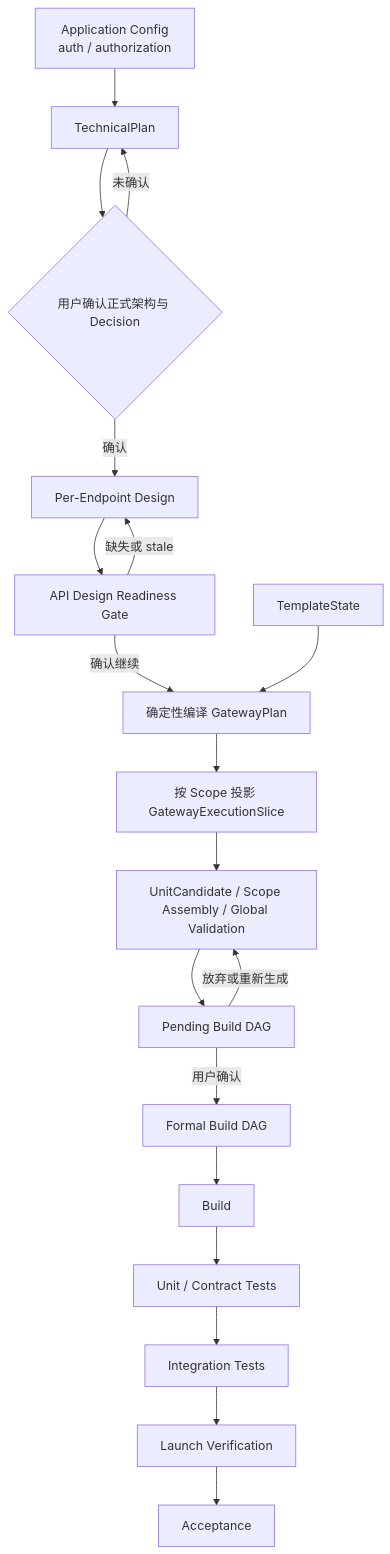
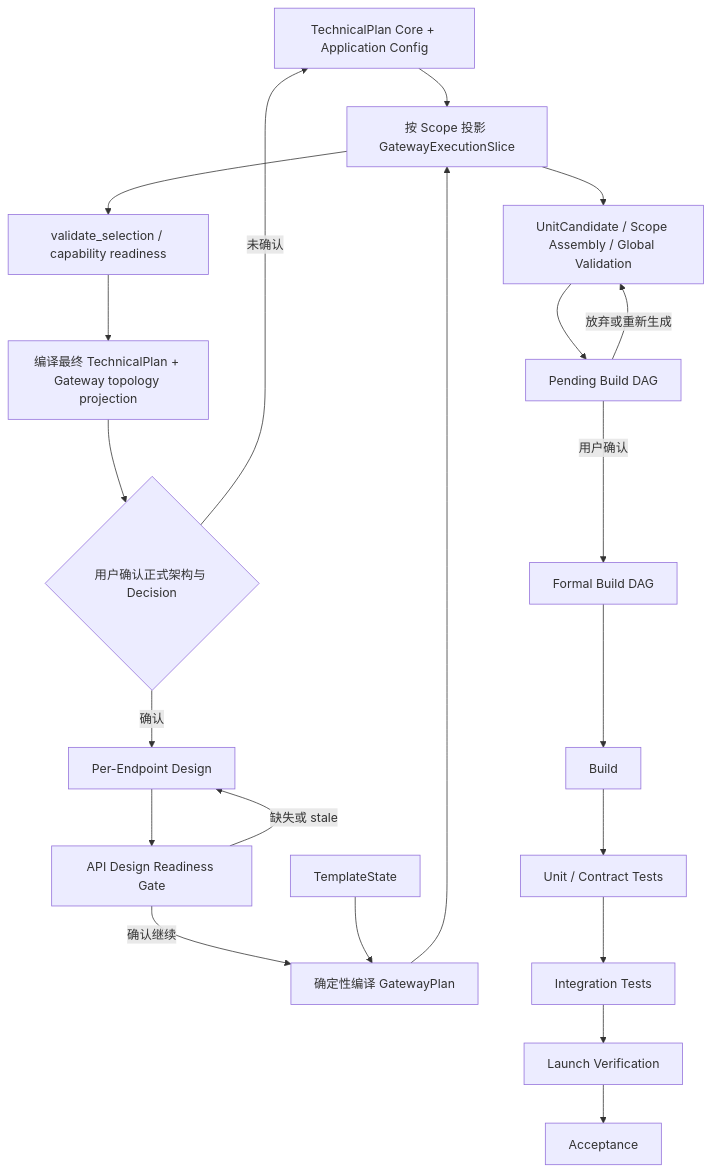
Before and after one commit to YYYWYF/XCodeAgent: the third of 4 diagrams in docs/gateway/GENERATED_APPLICATION_GATEWAY_DESIGN.md, drawn with Mermaid. The commit also changed other lines of this file and 19 other files, not shown here.

````diff
--- a/docs/gateway/GENERATED_APPLICATION_GATEWAY_DESIGN.md
+++ b/docs/gateway/GENERATED_APPLICATION_GATEWAY_DESIGN.md
@@ -210,21 +210,23 @@
 ```mermaid
 flowchart TD
-    A[Application Config<br/>auth / authorization] --> P[TechnicalPlan]
+    A[TechnicalPlan Core + Application Config] --> S{用户选择 gateway_composed}
+    S --> V[validate_selection / capability readiness]
+    V --> P[编译最终 TechnicalPlan + Gateway topology projection]
     P --> C{用户确认正式架构与 Decision}
-    C -->|未确认| P
+    C -->|未确认| A
     C -->|确认| E[Per-Endpoint Design]
     E --> R[API Design Readiness Gate]
     R -->|缺失或 stale| E
     R -->|确认继续| G[确定性编译 GatewayPlan]
     T[TemplateState] --> G
     G --> S[按 Scope 投影 GatewayExecutionSlice]
     S --> D[UnitCandidate / Scope Assembly / Global Validation]
     D --> PD[Pending Build DAG]
     PD -->|用户确认| FD[Formal Build DAG]
     PD -->|放弃或重新生成| D
     FD --> B[Build]
     B --> UT[Unit / Contract Tests]
     UT --> IT[Integration Tests]
     IT --> L[Launch Verification]
     L --> APT[Acceptance]
 ```
````
